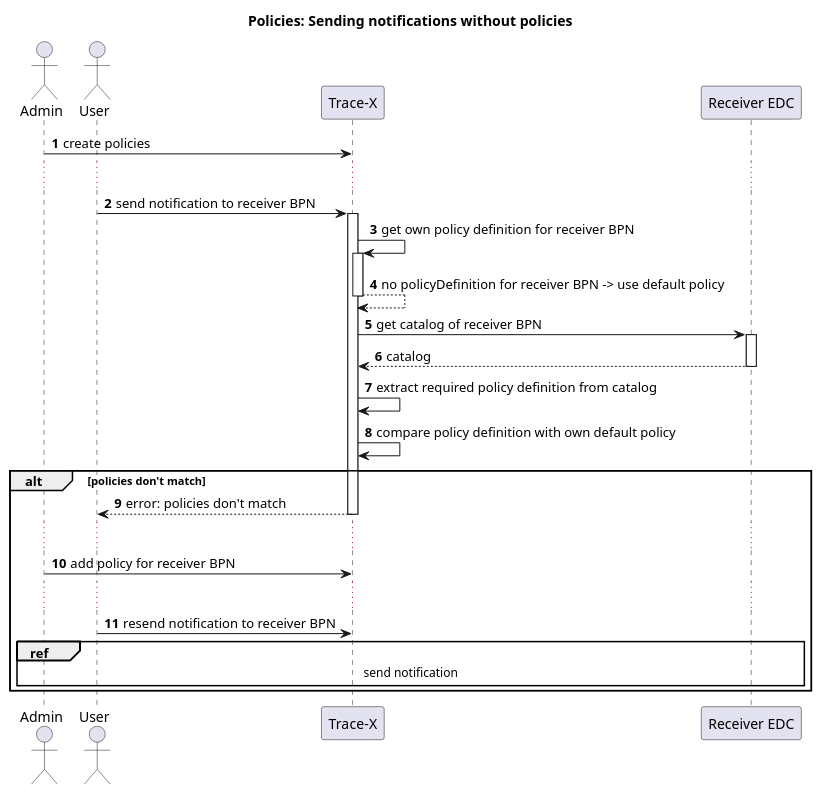
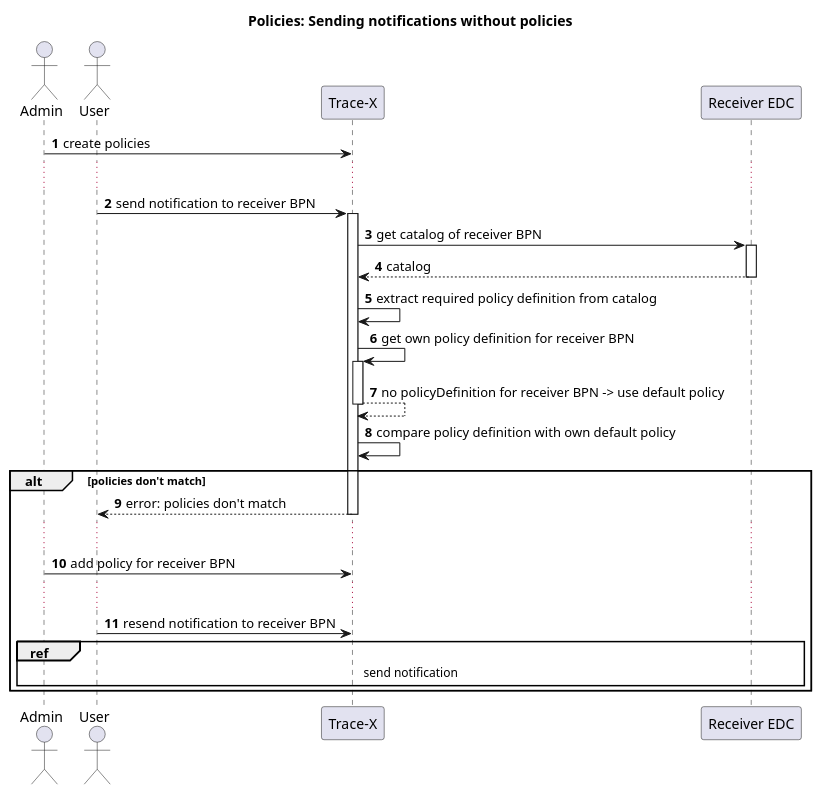
Before and after one commit to eclipse-tractusx/traceability-foss: the diagram in docs/src/uml-diagrams/arc42/runtime-view/data-sovereignty/data-sovereignty-notifications-policy-change.puml, drawn with PlantUML. The commit also changed other lines of this file and 12 other files, not shown here.

```diff
--- a/docs/src/uml-diagrams/arc42/runtime-view/data-sovereignty/data-sovereignty-notifications-policy-change.puml
+++ b/docs/src/uml-diagrams/arc42/runtime-view/data-sovereignty/data-sovereignty-notifications-policy-change.puml
@@ -1,34 +1,34 @@
 @startuml
 'https://plantuml.com/sequence-diagram
 autonumber
 title Policies: Sending notifications without policies
 
 actor Admin
 actor User
 participant "Trace-X" as TraceX
 participant "Receiver EDC" as EDC
 
 Admin -> TraceX: create policies
 ...
 User -> TraceX: send notification to receiver BPN
 activate TraceX
-TraceX -> TraceX: get own policy definition for receiver BPN
-activate TraceX
-TraceX --> TraceX: no policyDefinition for receiver BPN -> use default policy
-deactivate TraceX
 TraceX -> EDC: get catalog of receiver BPN
 activate EDC
 EDC --> TraceX: catalog
 deactivate EDC
 TraceX -> TraceX: extract required policy definition from catalog
+TraceX -> TraceX: get own policy definition for receiver BPN
+activate TraceX
+TraceX --> TraceX: no policyDefinition for receiver BPN -> use default policy
+deactivate TraceX
 TraceX -> TraceX: compare policy definition with own default policy
 alt policies don't match
 TraceX --> User: error: policies don't match
 deactivate TraceX
 ...
 Admin -> TraceX: add policy for receiver BPN
 ...
 User -> TraceX: resend notification to receiver BPN
 ref over User, Admin, TraceX, EDC: send notification
 end
 @enduml
```
